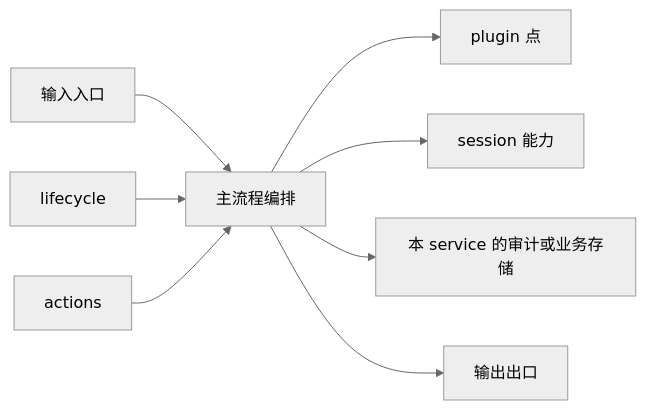
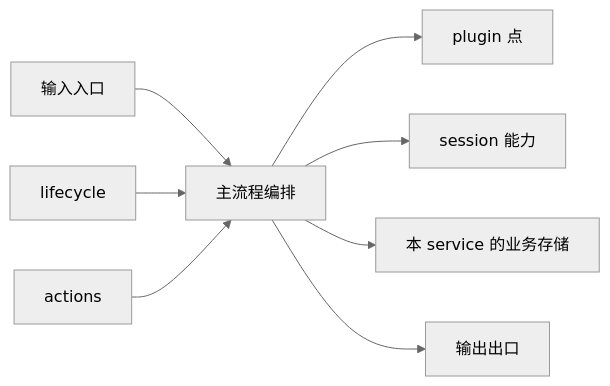
The first of 2 diagrams in homepage/content/devdocs/zh/services/service-design-logic.mdx (wangenius/downcity), drawn with Mermaid (neutral theme) before and after one commit. The commit also changed other lines of this file and 37 other files, not shown here.

````diff
--- a/homepage/content/devdocs/zh/services/service-design-logic.mdx
+++ b/homepage/content/devdocs/zh/services/service-design-logic.mdx
@@ -39,10 +37,10 @@
 ```mermaid
 flowchart LR
   IN["输入入口"] --> WF["主流程编排"]
   WF --> HOOK["plugin 点"]
   WF --> SESSION["session 能力"]
-  WF --> STORE["本 service 的审计或业务存储"]
+  WF --> STORE["本 service 的业务存储"]
   WF --> OUT["输出出口"]
   LIFE["lifecycle"] --> WF
   ACTION["actions"] --> WF
 ```
````
